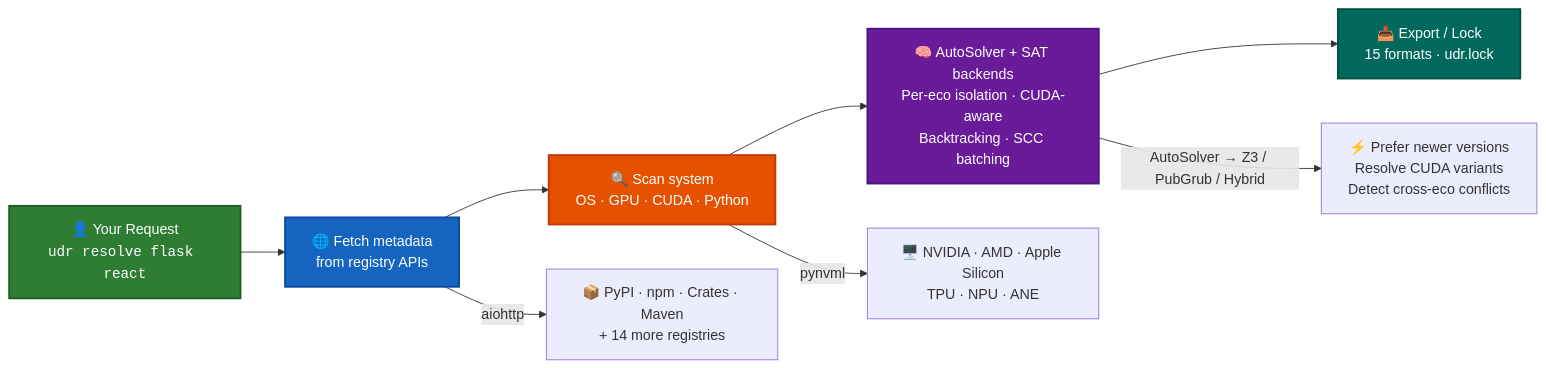
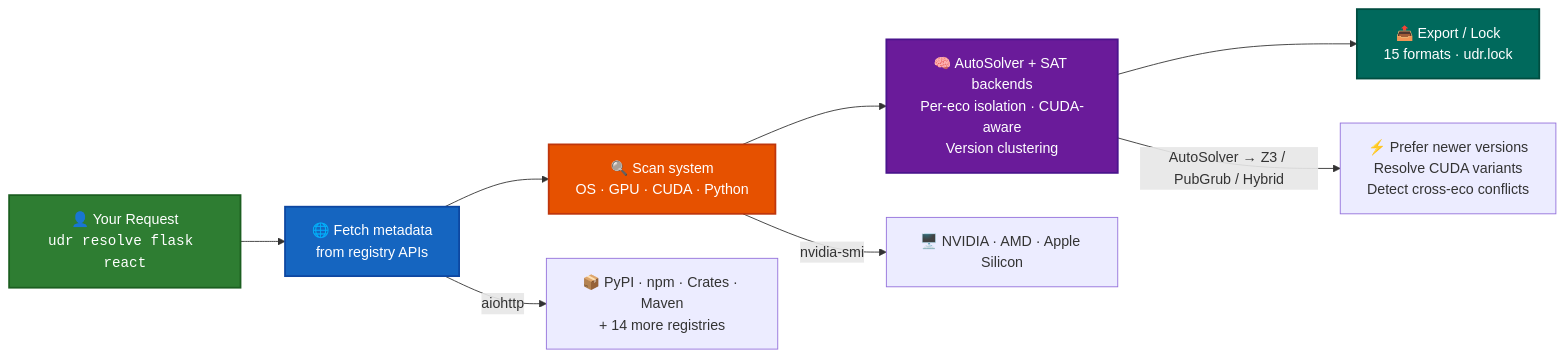
One commit to code-with-zeeshan/universal-dependency-resolver changed the diagram in README.md. Above: the diagram before and after it, drawn with Mermaid. The commit also changed other lines of this file and 19 other files, not shown here.

First line of the commit message:
Docs accuracy sweep: Mermaid diagrams, README rewrite, changelog fixes

````diff
--- a/README.md
+++ b/README.md
@@ -204,18 +195,18 @@
 ```mermaid
 flowchart LR
     A["👤 Your Request<br/><code>udr resolve flask react</code>"] --> B
     B["🌐 Fetch metadata<br/>from registry APIs"] --> C
     C["🔍 Scan system<br/>OS · GPU · CUDA · Python"] --> D
-    D["🧠 AutoSolver + SAT backends<br/>Per-eco isolation · CUDA-aware<br/>Backtracking · SCC batching"] --> E
+    D["🧠 AutoSolver + SAT backends<br/>Per-eco isolation · CUDA-aware<br/>Version clustering"] --> E
     E["📤 Export / Lock<br/>15 formats · udr.lock"]
 
     B -->|"aiohttp"| F["📦 PyPI · npm · Crates · Maven<br/>+ 14 more registries"]
-    C -->|"pynvml"| G["🖥️ NVIDIA · AMD · Apple Silicon<br/>TPU · NPU · ANE"]
+    C -->|"nvidia-smi"| G["🖥️ NVIDIA · AMD · Apple Silicon"]
     D -->|"AutoSolver → Z3 / PubGrub / Hybrid"| H["⚡ Prefer newer versions<br/>Resolve CUDA variants<br/>Detect cross-eco conflicts"]
 
     style A fill:#2e7d32,color:#fff,stroke:#1b5e20,stroke-width:2px
     style B fill:#1565c0,color:#fff,stroke:#0d47a1,stroke-width:2px
     style C fill:#e65100,color:#fff,stroke:#bf360c,stroke-width:2px
     style D fill:#6a1b9a,color:#fff,stroke:#4a148c,stroke-width:2px
     style E fill:#00695c,color:#fff,stroke:#004d40,stroke-width:2px
 ```
````
